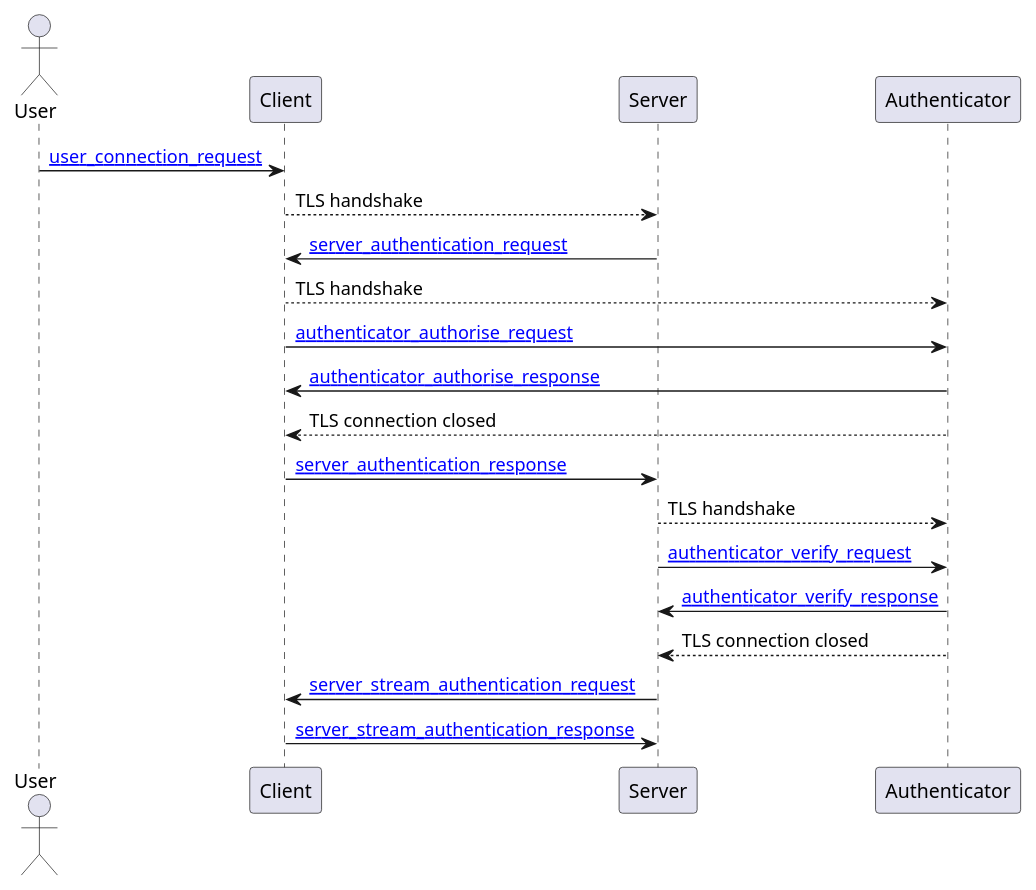
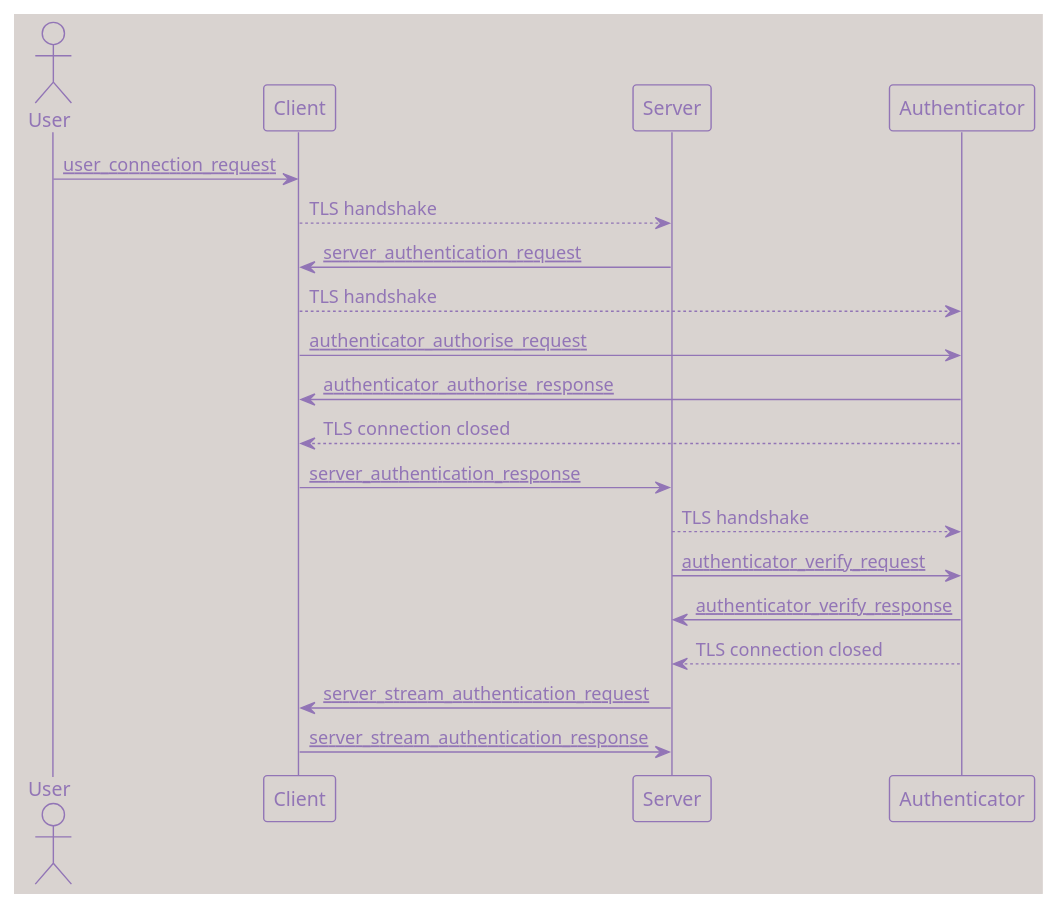
One commit to dgolbourn/eiko changed the second of 2 diagrams in docs/sequence.md. Above: the diagram before and after it, drawn with PlantUML. The commit also changed other lines of this file, not shown here.

```diff
--- a/docs/sequence.md
+++ b/docs/sequence.md
@@ -21,19 +22,20 @@
 :::{plantuml}
-    @startuml
-    actor User
-    User -> Client : [[https://github.com/dgolbourn/eiko/blob/main/res/schemas/user_connection_request.json user_connection_request]]
-    Client --> Server : TLS handshake
-    Server -> Client : [[https://github.com/dgolbourn/eiko/blob/main/res/schemas/server_authentication_request.json server_authentication_request]]
-    Client --> Authenticator : TLS handshake
-    Client -> Authenticator : [[https://github.com/dgolbourn/eiko/blob/main/res/schemas/authenticator_authorise_request.json authenticator_authorise_request]]
-    Authenticator -> Client : [[https://github.com/dgolbourn/eiko/blob/main/res/schemas/authenticator_authorise_response.json authenticator_authorise_response]]
-    Client <-- Authenticator : TLS connection closed
-    Client -> Server : [[https://github.com/dgolbourn/eiko/blob/main/res/schemas/server_authentication_response.json server_authentication_response]]
-    Server --> Authenticator : TLS handshake
-    Server -> Authenticator : [[https://github.com/dgolbourn/eiko/blob/main/res/schemas/authenticator_verify_request.json authenticator_verify_request]]
-    Authenticator -> Server : [[https://github.com/dgolbourn/eiko/blob/main/res/schemas/authenticator_verify_response.json authenticator_verify_response]]
-    Server <-- Authenticator : TLS connection closed
-    Server -> Client : [[https://github.com/dgolbourn/eiko/blob/main/res/schemas/server_stream_authentication_request.json server_stream_authentication_request]]
-    Client -> Server : [[https://github.com/dgolbourn/eiko/blob/main/res/schemas/server_stream_authentication_response.json server_stream_authentication_response]]
-    @enduml
+@startuml
+!theme mimeograph
+actor User
+User -> Client : [[https://github.com/dgolbourn/eiko/blob/main/res/schemas/user_connection_request.json user_connection_request]]
+Client --> Server : TLS handshake
+Server -> Client : [[https://github.com/dgolbourn/eiko/blob/main/res/schemas/server_authentication_request.json server_authentication_request]]
+Client --> Authenticator : TLS handshake
+Client -> Authenticator : [[https://github.com/dgolbourn/eiko/blob/main/res/schemas/authenticator_authorise_request.json authenticator_authorise_request]]
+Authenticator -> Client : [[https://github.com/dgolbourn/eiko/blob/main/res/schemas/authenticator_authorise_response.json authenticator_authorise_response]]
+Client <-- Authenticator : TLS connection closed
+Client -> Server : [[https://github.com/dgolbourn/eiko/blob/main/res/schemas/server_authentication_response.json server_authentication_response]]
+Server --> Authenticator : TLS handshake
+Server -> Authenticator : [[https://github.com/dgolbourn/eiko/blob/main/res/schemas/authenticator_verify_request.json authenticator_verify_request]]
+Authenticator -> Server : [[https://github.com/dgolbourn/eiko/blob/main/res/schemas/authenticator_verify_response.json authenticator_verify_response]]
+Server <-- Authenticator : TLS connection closed
+Server -> Client : [[https://github.com/dgolbourn/eiko/blob/main/res/schemas/server_stream_authentication_request.json server_stream_authentication_request]]
+Client -> Server : [[https://github.com/dgolbourn/eiko/blob/main/res/schemas/server_stream_authentication_response.json server_stream_authentication_response]]
+@enduml
 :::
```
